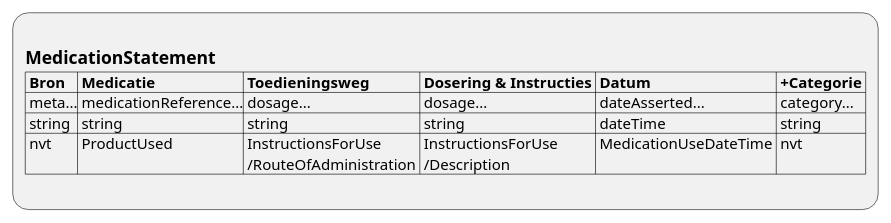
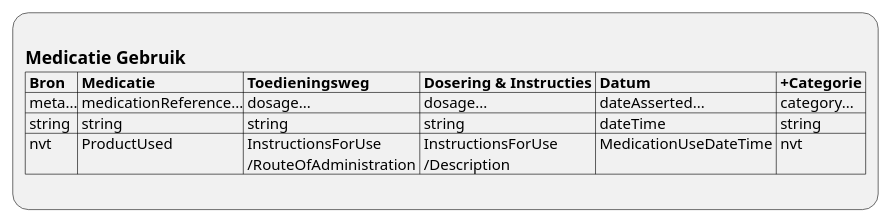
Before and after one commit to RIVO-Noord/zorgviewer-ig: the diagram in input/images-source/ViewDefinition-MedicationStatement.plantuml, drawn with PlantUML. The commit also changed 18 other files, not shown here.

```diff
--- a/input/images-source/ViewDefinition-MedicationStatement.plantuml
+++ b/input/images-source/ViewDefinition-MedicationStatement.plantuml
@@ -1,9 +1,9 @@
 @startuml ViewDefinition-MedicationStatement
 :
-== MedicationStatement
+== Medicatie Gebruik
 |= Bron |= Medicatie |= Toedieningsweg |= Dosering & Instructies |= Datum |= +Categorie |
 | meta...| medicationReference...| dosage...| dosage...| dateAsserted...| category...|
 | string | string | string | string | dateTime | string |
 | nvt | ProductUsed | InstructionsForUse\n /RouteOfAdministration | InstructionsForUse\n /Description | MedicationUseDateTime | nvt |
 ;
 @enduml
```
